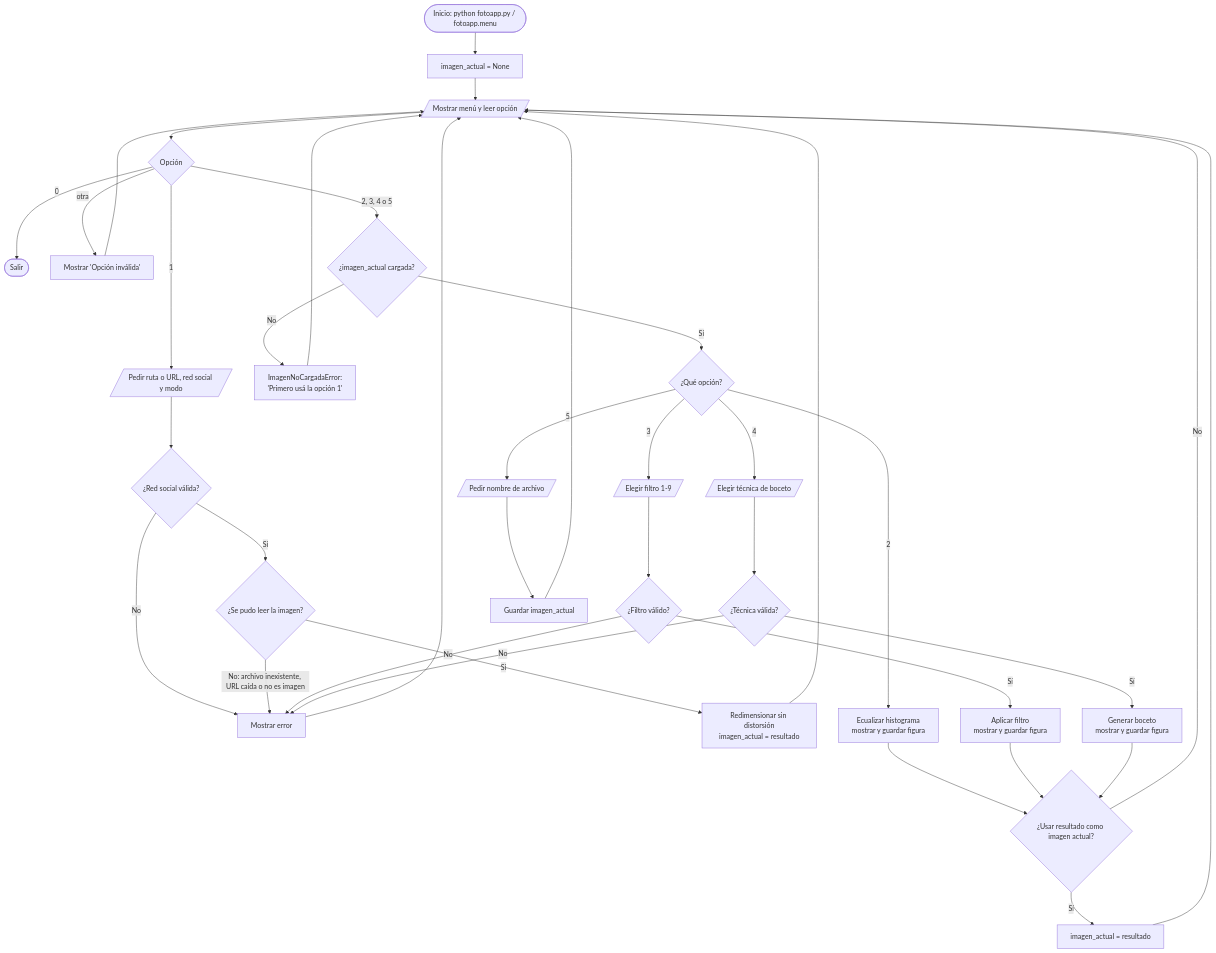
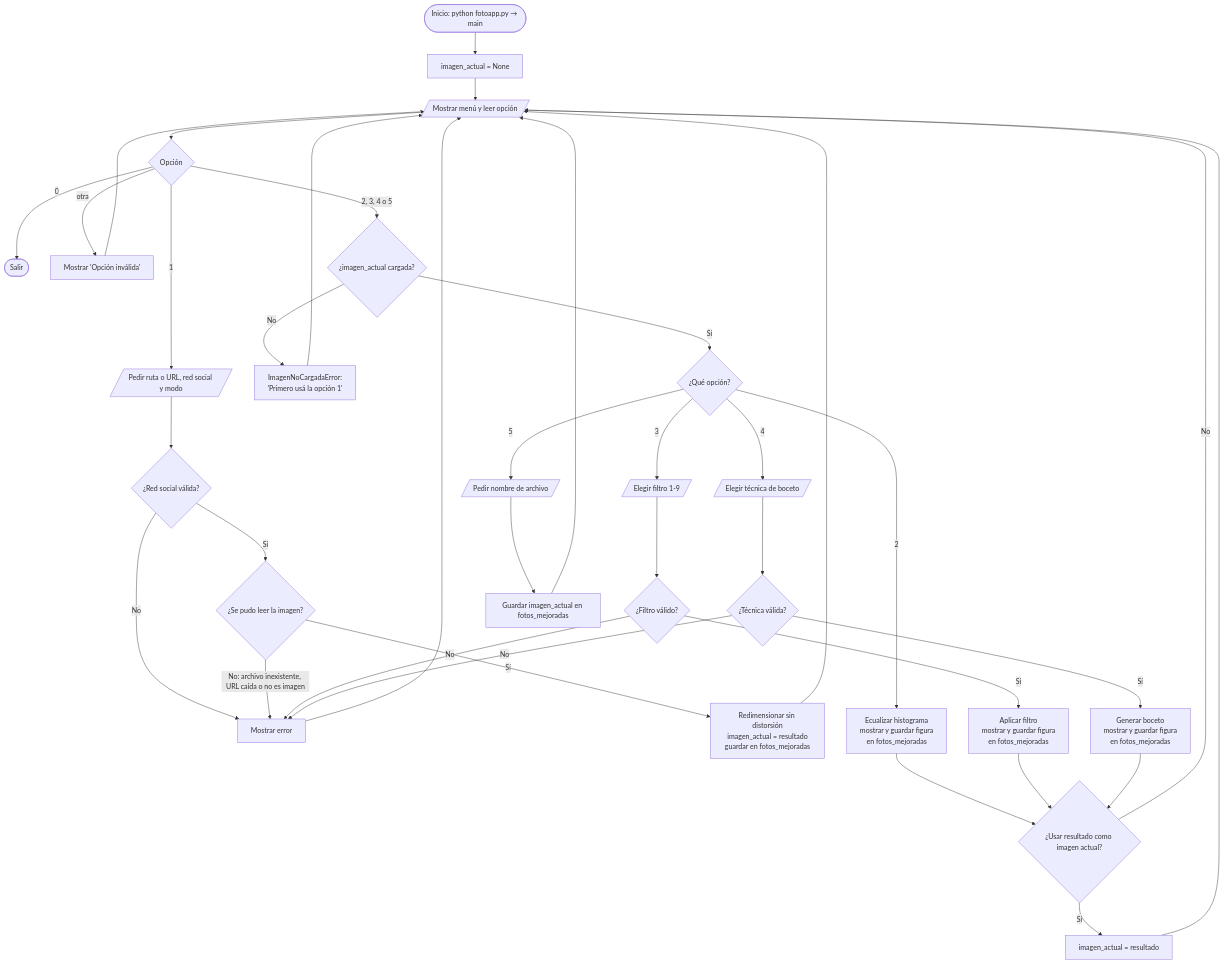
One commit to SofiMartin/proyecto2-python-avanzado changed the diagram in proyecto2-python-avanzado/README.md. Above: the diagram before and after it, drawn with Mermaid. The commit also changed other lines of this file, not shown here.

Commit message:
Actualizar Readme

````diff
--- a/proyecto2-python-avanzado/README.md
+++ b/proyecto2-python-avanzado/README.md
@@ -58,35 +59,35 @@
 ```mermaid
 flowchart TD
-    A([Inicio: python fotoapp.py / fotoapp.menu]) --> B[imagen_actual = None]
+    A([Inicio: python fotoapp.py → main]) --> B[imagen_actual = None]
     B --> C[/Mostrar menú y leer opción/]
     C --> D{Opción}
 
     D -->|0| Z([Salir])
     D -->|otra| X[Mostrar 'Opción inválida'] --> C
 
     D -->|1| E[/Pedir ruta o URL, red social y modo/]
     E --> F{¿Red social válida?}
     F -->|No| ERR[Mostrar error] --> C
     F -->|Sí| G{¿Se pudo leer la imagen?}
     G -->|No: archivo inexistente, URL caída o no es imagen| ERR
-    G -->|Sí| H[Redimensionar sin distorsión<br/>imagen_actual = resultado] --> C
+    G -->|Sí| H[Redimensionar sin distorsión<br/>imagen_actual = resultado<br/>guardar en fotos_mejoradas] --> C
 
     D -->|2, 3, 4 o 5| V{¿imagen_actual cargada?}
     V -->|No| W[ImagenNoCargadaError:<br/>'Primero usá la opción 1'] --> C
     V -->|Sí| S{¿Qué opción?}
 
-    S -->|2| I[Ecualizar histograma<br/>mostrar y guardar figura]
+    S -->|2| I[Ecualizar histograma<br/>mostrar y guardar figura<br/>en fotos_mejoradas]
     S -->|3| J[/Elegir filtro 1-9/] --> J2{¿Filtro válido?}
     J2 -->|No| ERR
-    J2 -->|Sí| J3[Aplicar filtro<br/>mostrar y guardar figura]
+    J2 -->|Sí| J3[Aplicar filtro<br/>mostrar y guardar figura<br/>en fotos_mejoradas]
     S -->|4| K[/Elegir técnica de boceto/] --> K2{¿Técnica válida?}
     K2 -->|No| ERR
-    K2 -->|Sí| K3[Generar boceto<br/>mostrar y guardar figura]
-    S -->|5| L[/Pedir nombre de archivo/] --> L2[Guardar imagen_actual] --> C
+    K2 -->|Sí| K3[Generar boceto<br/>mostrar y guardar figura<br/>en fotos_mejoradas]
+    S -->|5| L[/Pedir nombre de archivo/] --> L2[Guardar imagen_actual en fotos_mejoradas] --> C
 
     I --> U{¿Usar resultado como imagen actual?}
     J3 --> U
     K3 --> U
     U -->|Sí| U1[imagen_actual = resultado] --> C
     U -->|No| C
 ```
````
